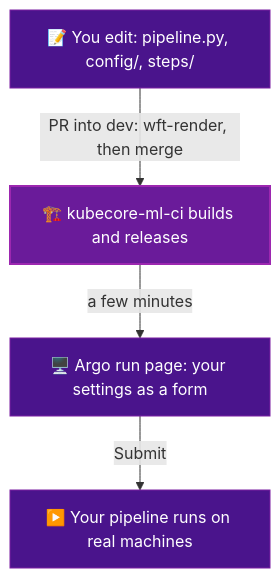
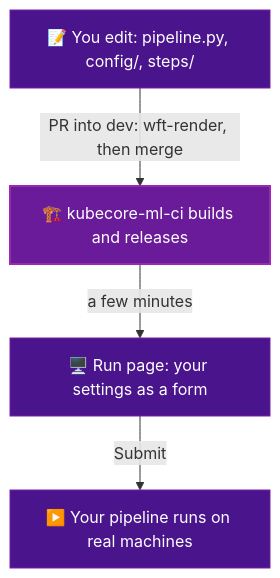
The diagram in docs/how-it-works.md (novelcore/hera-pipeline-template), drawn with Mermaid before and after one commit. The commit also changed other lines of this file and 44 other files, not shown here.

````diff
--- a/docs/how-it-works.md
+++ b/docs/how-it-works.md
@@ -54,11 +54,11 @@
 ```mermaid
 graph TD
     E["📝 You edit: pipeline.py, config/, steps/"] -->|"PR into dev: wft-render, then merge"| P["🏗️ kubecore-ml-ci builds and releases"]
-    P -->|a few minutes| R["🖥️ Argo run page: your settings as a form"]
+    P -->|a few minutes| R["🖥️ Run page: your settings as a form"]
     R -->|Submit| RUN["▶️ Your pipeline runs on real machines"]
 
     style E fill:#4a148c,stroke:#7b1fa2,color:#fff
     style P fill:#6a1b9a,stroke:#9c27b0,color:#fff,stroke-width:2px
     style R fill:#4a148c,stroke:#7b1fa2,color:#fff
     style RUN fill:#4a148c,stroke:#7b1fa2,color:#fff
 ```
````
